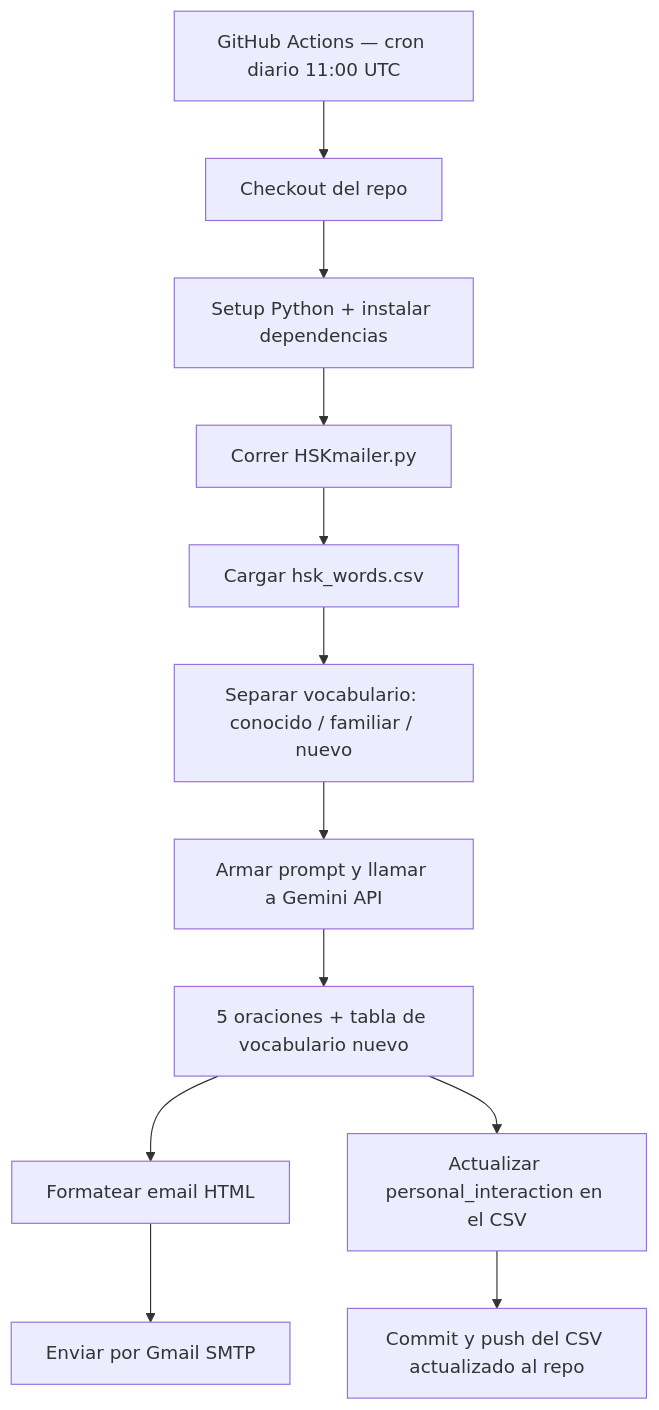
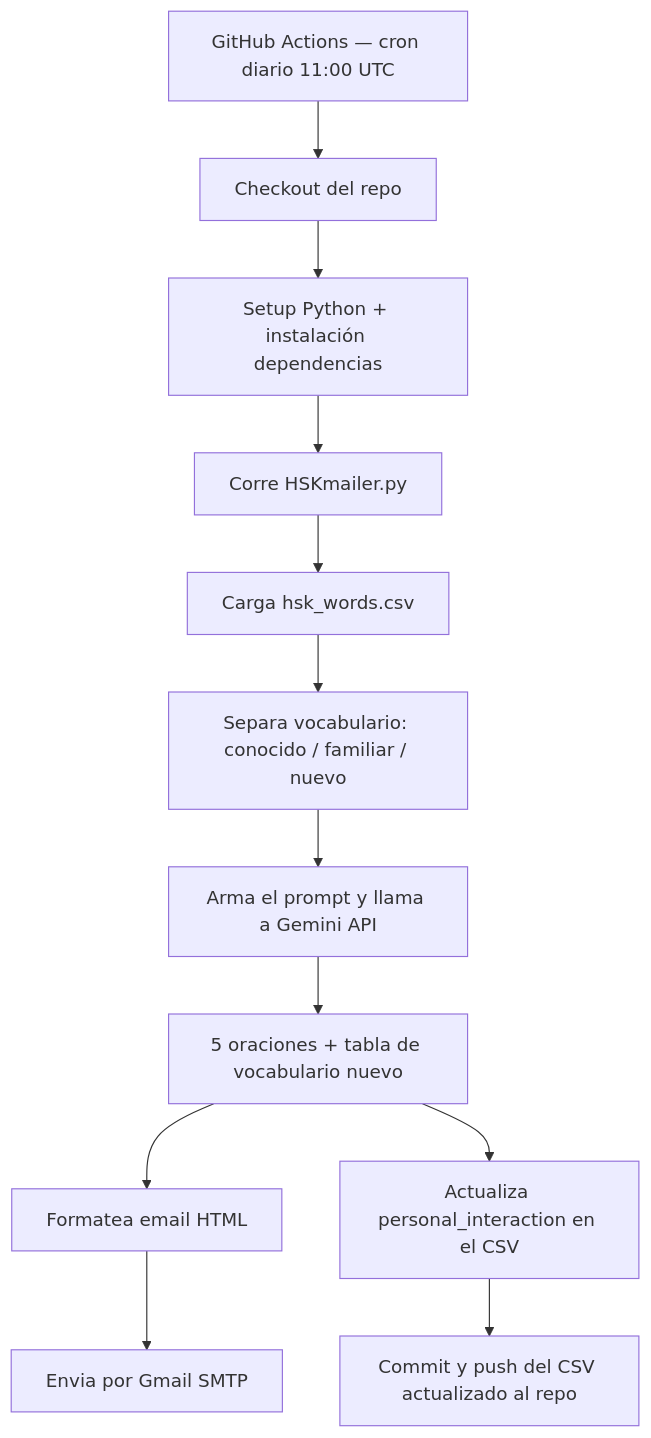
One commit to karlaaluher-cyber/automated_chinese_learning changed the diagram in README.md. Above: the diagram before and after it, drawn with Mermaid. The commit also changed other lines of this file, not shown here.

Commit message:
README.md

````diff
--- a/README.md
+++ b/README.md
@@ -36,14 +38,14 @@
 ```mermaid
 flowchart TD
     A[GitHub Actions — cron diario 11:00 UTC] --> B[Checkout del repo]
-    B --> C[Setup Python + instalar dependencias]
-    C --> D[Correr HSKmailer.py]
-    D --> E[Cargar hsk_words.csv]
-    E --> F[Separar vocabulario: conocido / familiar / nuevo]
-    F --> G[Armar prompt y llamar a Gemini API]
+    B --> C[Setup Python + instalación dependencias]
+    C --> D[Corre HSKmailer.py]
+    D --> E[Carga hsk_words.csv]
+    E --> F[Separa vocabulario: conocido / familiar / nuevo]
+    F --> G[Arma el prompt y llama a Gemini API]
     G --> H[5 oraciones + tabla de vocabulario nuevo]
-    H --> I[Formatear email HTML]
-    I --> J[Enviar por Gmail SMTP]
-    H --> K[Actualizar personal_interaction en el CSV]
+    H --> I[Formatea email HTML]
+    I --> J[Envia por Gmail SMTP]
+    H --> K[Actualiza personal_interaction en el CSV]
     K --> L[Commit y push del CSV actualizado al repo]
 ```
````
